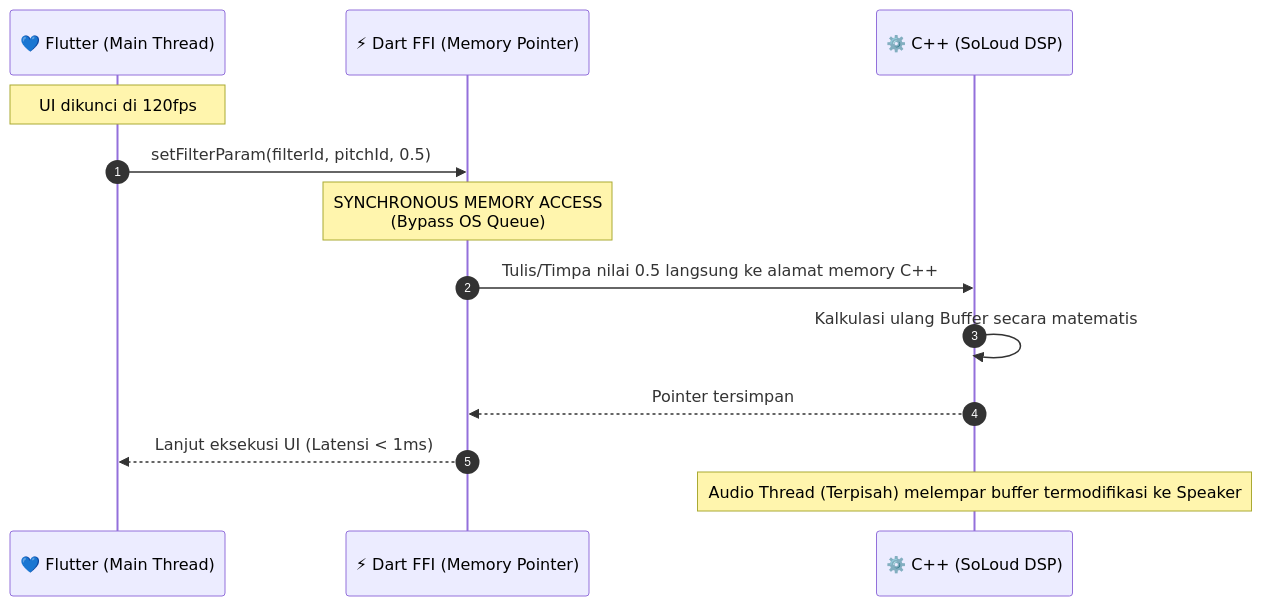
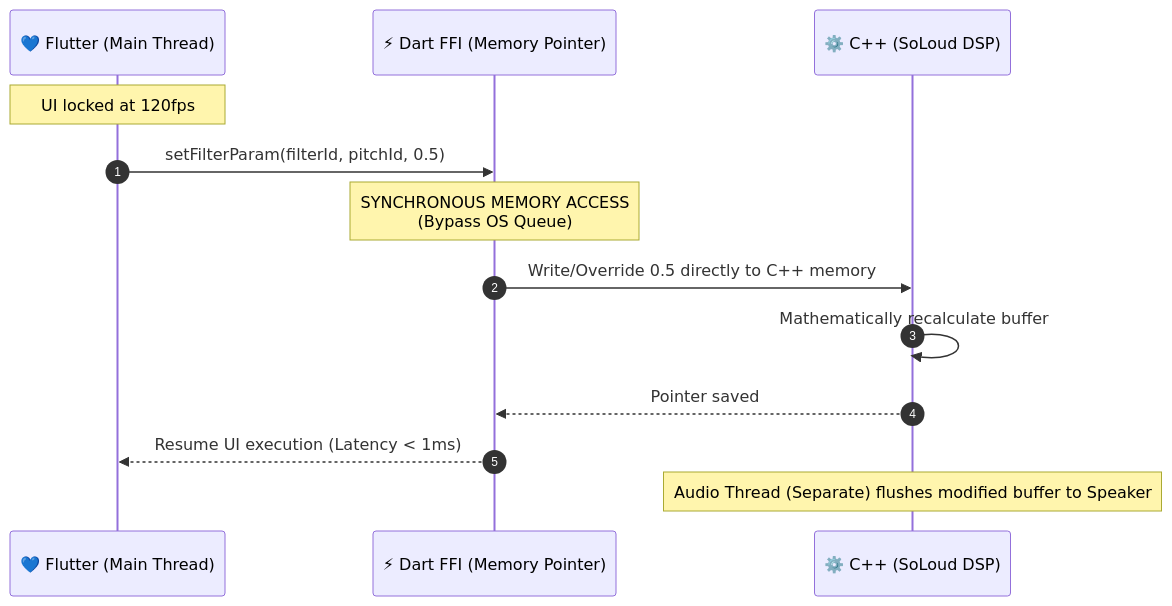
One commit to nunutech40/VoiceChanger changed the second of 2 diagrams in TRD.md. Above: the diagram before and after it, drawn with Mermaid. The commit also changed other lines of this file and 2 other files, not shown here.

Commit message:
docs: sync documentation with current US market and Clean Architecture state

````diff
--- a/TRD.md
+++ b/TRD.md
@@ -64,18 +68,18 @@
 ```mermaid
 sequenceDiagram
     autonumber
     participant UI as 💙 Flutter (Main Thread)
     participant FFI as ⚡ Dart FFI (Memory Pointer)
     participant CPP as ⚙️ C++ (SoLoud DSP)
 
-    Note over UI: UI dikunci di 120fps
+    Note over UI: UI locked at 120fps
     UI->>FFI: setFilterParam(filterId, pitchId, 0.5)
     
     Note over FFI: SYNCHRONOUS MEMORY ACCESS <br> (Bypass OS Queue)
-    FFI->>CPP: Tulis/Timpa nilai 0.5 langsung ke alamat memory C++
-    CPP->>CPP: Kalkulasi ulang Buffer secara matematis
-    CPP-->>FFI: Pointer tersimpan
+    FFI->>CPP: Write/Override 0.5 directly to C++ memory
+    CPP->>CPP: Mathematically recalculate buffer
+    CPP-->>FFI: Pointer saved
     
-    FFI-->>UI: Lanjut eksekusi UI (Latensi < 1ms)
-    Note over CPP: Audio Thread (Terpisah) melempar buffer termodifikasi ke Speaker
+    FFI-->>UI: Resume UI execution (Latency < 1ms)
+    Note over CPP: Audio Thread (Separate) flushes modified buffer to Speaker
 ```
````
